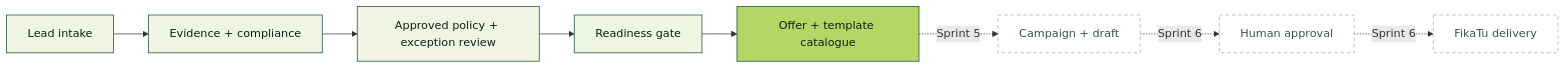
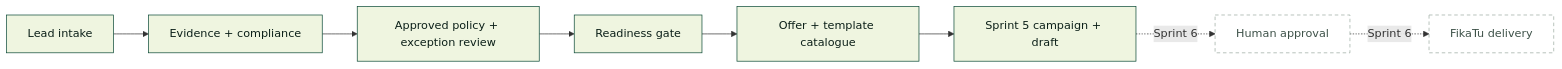
The second of 7 diagrams in docs/full-wadi-documentation.md (Herman-Gathege/webloom-sales-engine), drawn with Mermaid before and after one commit. The commit also changed other lines of this file and 71 other files, not shown here.

````diff
--- a/docs/full-wadi-documentation.md
+++ b/docs/full-wadi-documentation.md
@@ -63,17 +63,16 @@
 ```mermaid
 flowchart LR
     A[Lead intake] --> B[Evidence + compliance]
     B --> C[Approved policy + exception review]
     C --> D[Readiness gate]
     D --> E[Offer + template catalogue]
-    E -. Sprint 5 .-> F[Campaign + draft]
+    E --> F[Sprint 5 campaign + draft]
     F -. Sprint 6 .-> G[Human approval]
     G -. Sprint 6 .-> H[FikaTu delivery]
 
     classDef built fill:#eff5e0,stroke:#084734,color:#0b1f18;
     classDef current fill:#b4d665,stroke:#084734,color:#0b1f18;
     classDef future fill:#ffffff,stroke:#9aa9a0,color:#3d5148,stroke-dasharray:5 4;
-    class A,B,C,D built;
-    class E current;
-    class F,G,H future;
+    class A,B,C,D,E,F built;
+    class G,H future;
 ```
````
